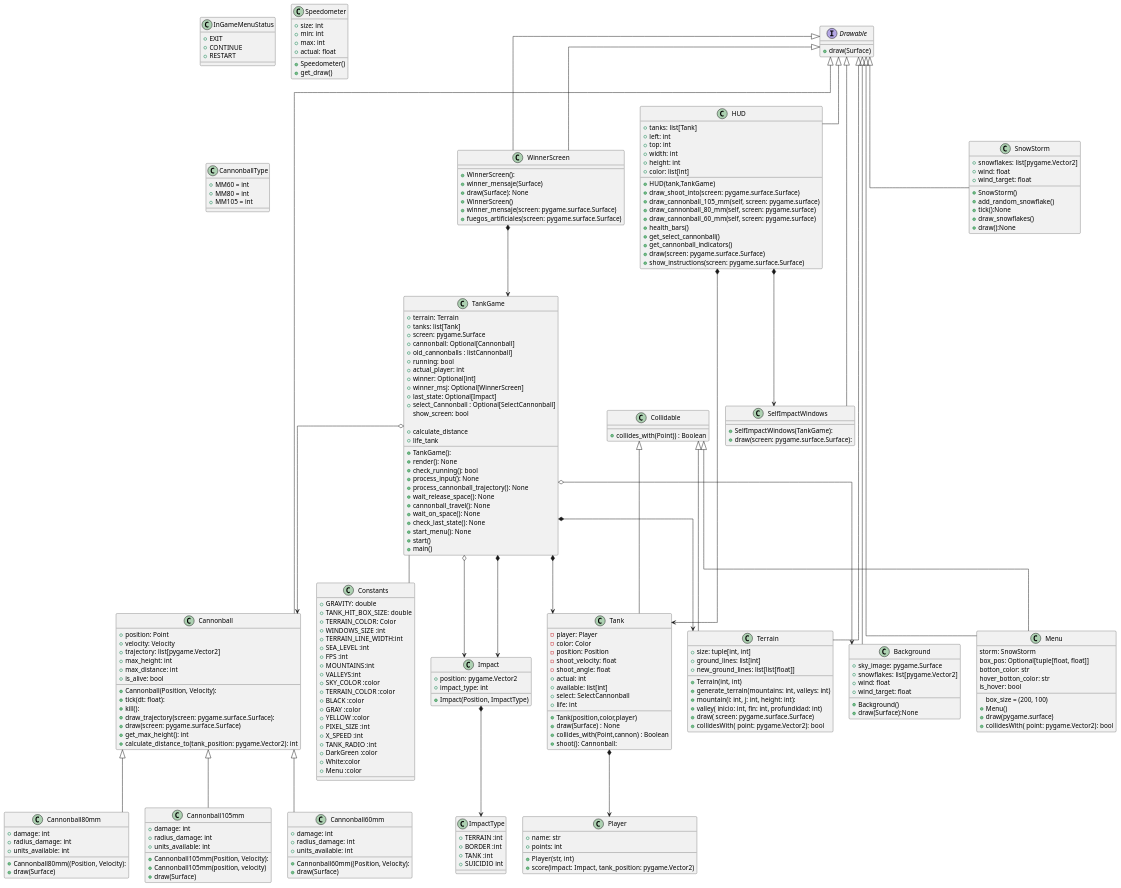
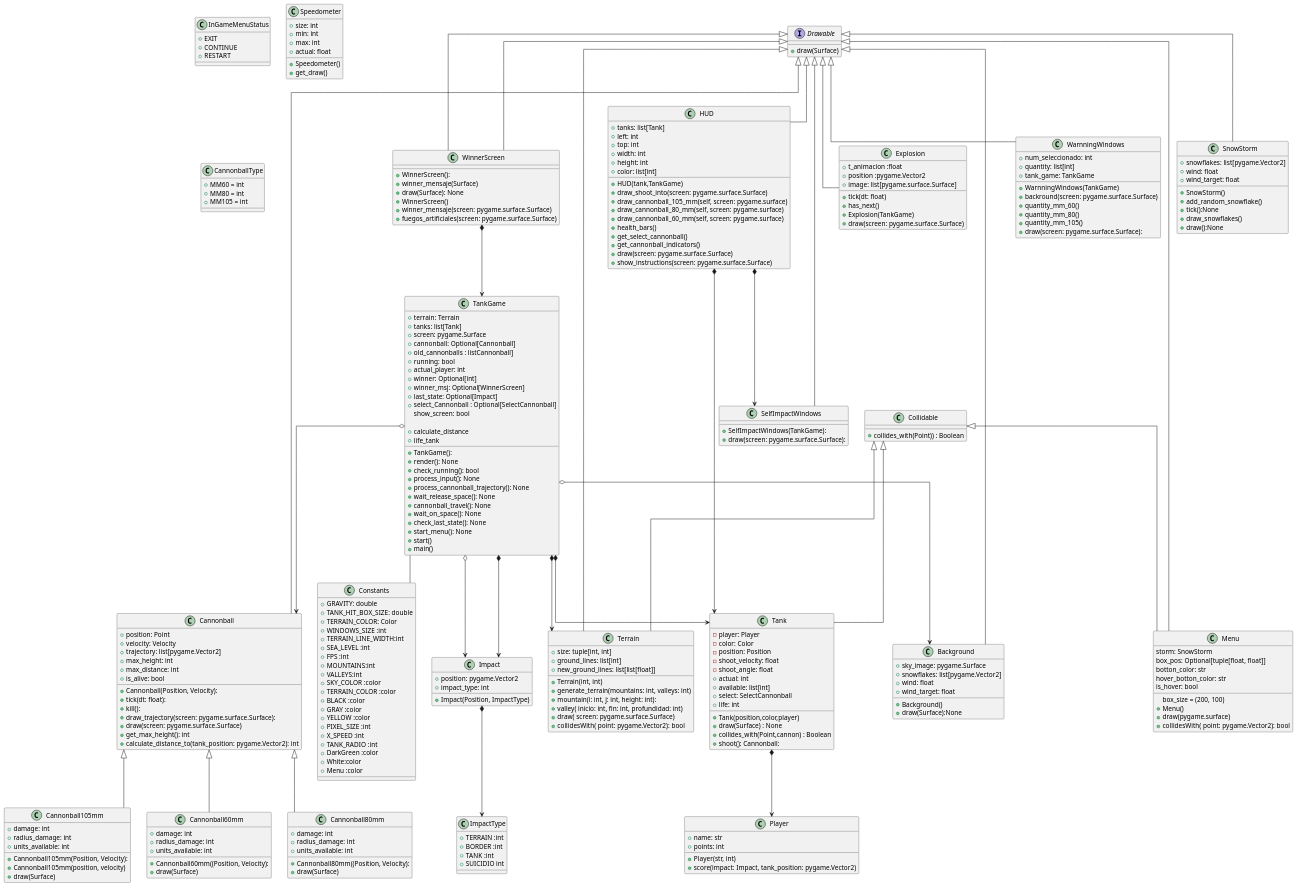
The diagram in uml/entire.plantuml (fraco-oxza/tankGame), drawn with PlantUML before and after one commit.

Commit message:
cambios uml

```diff
--- a/uml/entire.plantuml
+++ b/uml/entire.plantuml
@@ -209,6 +209,19 @@
     +SUICIDIO int
 }
 
+class Explosion extends Drawable{
+    +t_animacion :float
+    +position :pygame.Vector2
+    +image: list[pygame.surface.Surface]
+
+    +tick(dt: float)
+    +has_next()
+    +Explosion(TankGame)
+    +draw(screen: pygame.surface.Surface)
+}
+
+
+
 class CannonballType{
     +MM60 = int
     +MM80 = int
@@ -219,6 +232,22 @@
 class SelfImpactWindows extends Drawable {
     + SelfImpactWindows(TankGame):
     + draw(screen: pygame.surface.Surface):
+}
+
+class WarnningWindows extends Drawable {
+    +num_seleccionado: int
+    +quantity: list[int]
+    +tank_game: TankGame
+    +WarnningWindows(TankGame)
+    +backround(screen: pygame.surface.Surface)
+    +quantity_mm_60()
+    +quantity_mm_80()
+    +quantity_mm_105()
+    +draw(screen: pygame.surface.Surface):
+
+
+
+
 }
 class SnowStorm extends Drawable{
     +snowflakes: list[pygame.Vector2]
```
